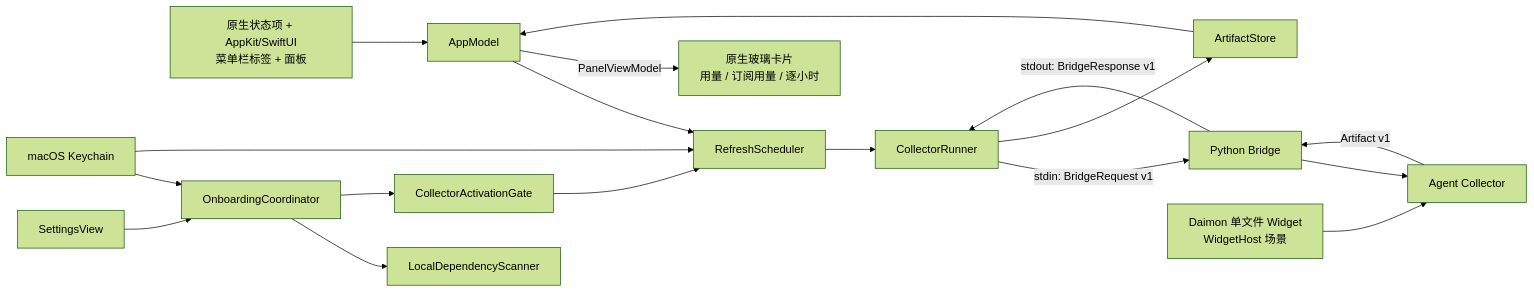
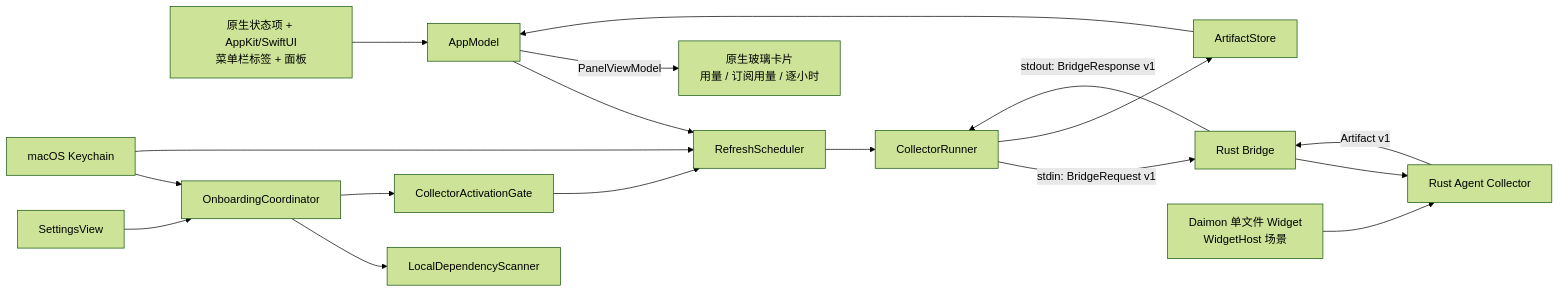
One commit to 4everSivan/Bruce changed the diagram in docs/development/01-bruce-design.md. Above: the diagram before and after it, drawn with Mermaid (forest theme). The commit also changed other lines of this file and 103 other files, not shown here.

First line of the commit message:
refactor(collector): remove legacy Python collector and complete pure Rust transition

````diff
--- a/docs/development/01-bruce-design.md
+++ b/docs/development/01-bruce-design.md
@@ -421,20 +421,20 @@
 ```mermaid
 flowchart LR
     MENU["原生状态项 + AppKit/SwiftUI<br/>菜单栏标签 + 面板"] --> APP["AppModel"]
     APP --> SCHED["RefreshScheduler"]
     SETTINGS["SettingsView"] --> CO["OnboardingCoordinator"]
     CO --> SCAN["LocalDependencyScanner"]
     CO --> GATE["CollectorActivationGate"]
     GATE --> SCHED["RefreshScheduler"]
     SCHED --> RUNNER["CollectorRunner"]
-    RUNNER -->|stdin: BridgeRequest v1| BRIDGE["Python Bridge"]
-    BRIDGE --> AGENT["Agent Collector"]
+    RUNNER -->|stdin: BridgeRequest v1| BRIDGE["Rust Bridge"]
+    BRIDGE --> AGENT["Rust Agent Collector"]
     AGENT -->|Artifact v1| BRIDGE
     BRIDGE -->|stdout: BridgeResponse v1| RUNNER
     RUNNER --> STORE["ArtifactStore"]
     STORE --> APP
     APP -->|PanelViewModel| PANEL["原生玻璃卡片<br/>用量 / 订阅用量 / 逐小时"]
     KEYCHAIN["macOS Keychain"] --> CO
     KEYCHAIN --> SCHED
     WIDGET["Daimon 单文件 Widget<br/>WidgetHost 场景"] --> AGENT
 ```
````
